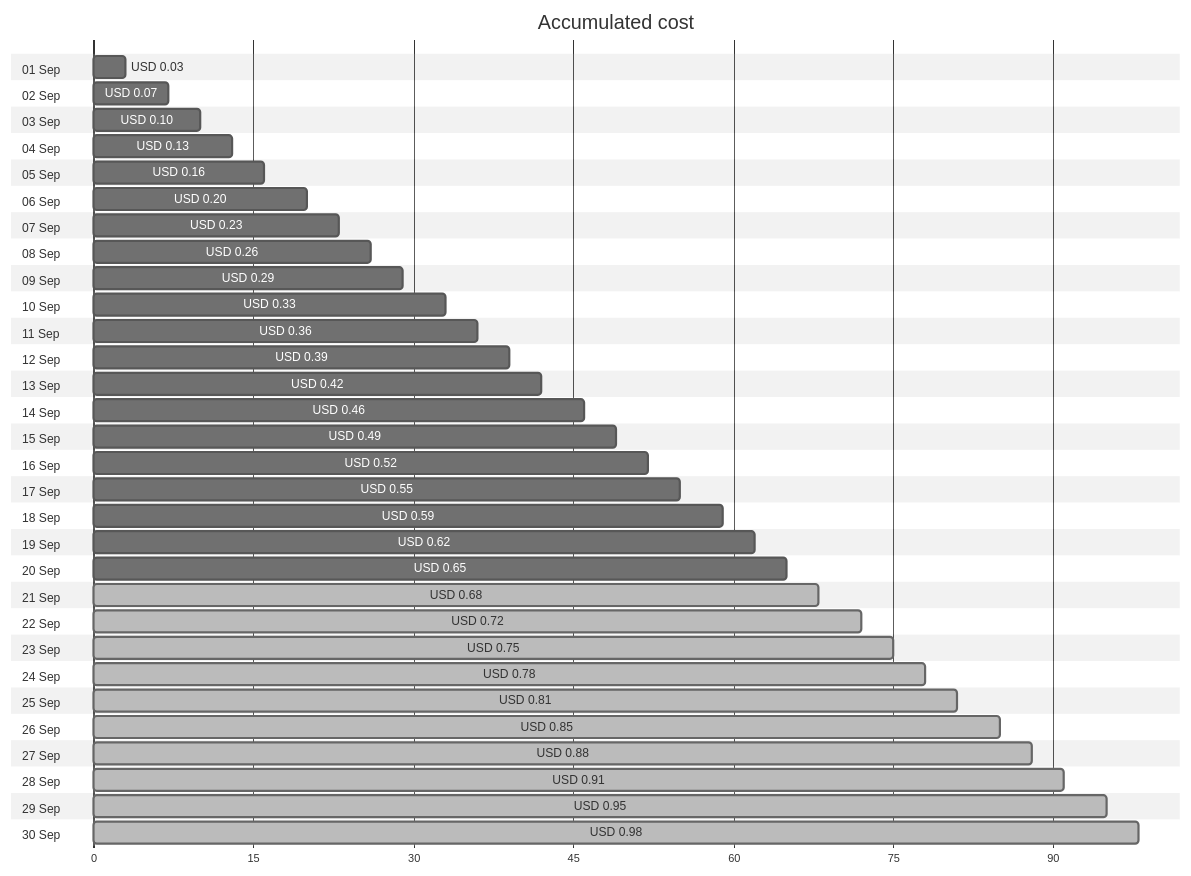
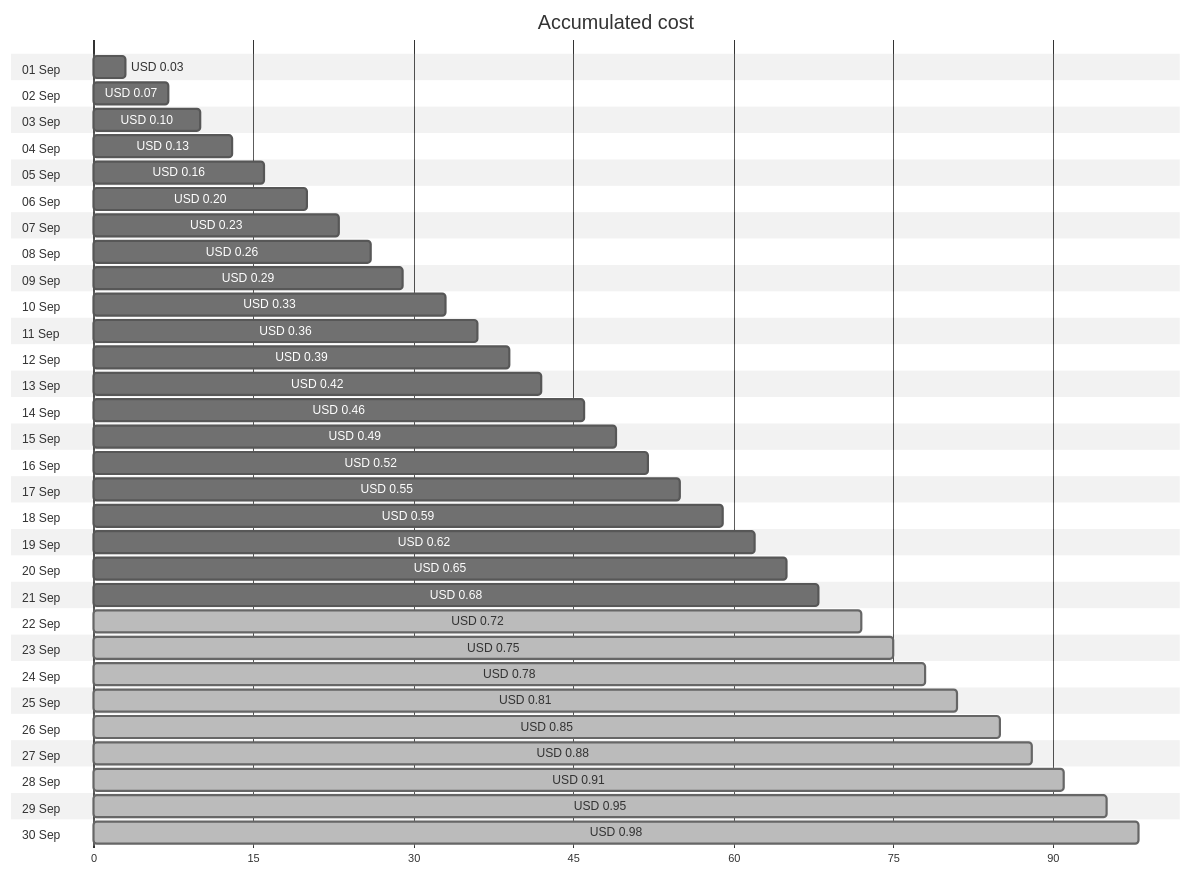
Before and after one commit to jpfulton/azure-personal-reports: the first of 4 diagrams in cost-reports/personal-dns/README.md, drawn with Mermaid (neutral theme). The commit also changed other lines of this file and 2 other files, not shown here.

````diff
--- a/cost-reports/personal-dns/README.md
+++ b/cost-reports/personal-dns/README.md
@@ -20,66 +20,66 @@
 ```mermaid
 gantt
    title Accumulated cost
    dateFormat  X
    axisFormat %s
    section 01 Sep
    USD 0.03 :0, 3
    section 02 Sep
    USD 0.07 :0, 7
    section 03 Sep
    USD 0.10 :0, 10
    section 04 Sep
    USD 0.13 :0, 13
    section 05 Sep
    USD 0.16 :0, 16
    section 06 Sep
    USD 0.20 :0, 20
    section 07 Sep
    USD 0.23 :0, 23
    section 08 Sep
    USD 0.26 :0, 26
    section 09 Sep
    USD 0.29 :0, 29
    section 10 Sep
    USD 0.33 :0, 33
    section 11 Sep
    USD 0.36 :0, 36
    section 12 Sep
    USD 0.39 :0, 39
    section 13 Sep
    USD 0.42 :0, 42
    section 14 Sep
    USD 0.46 :0, 46
    section 15 Sep
    USD 0.49 :0, 49
    section 16 Sep
    USD 0.52 :0, 52
    section 17 Sep
    USD 0.55 :0, 55
    section 18 Sep
    USD 0.59 :0, 59
    section 19 Sep
    USD 0.62 :0, 62
    section 20 Sep
    USD 0.65 :0, 65
    section 21 Sep
-   USD 0.68 : done, 0, 68
+   USD 0.68 :0, 68
    section 22 Sep
    USD 0.72 : done, 0, 72
    section 23 Sep
    USD 0.75 : done, 0, 75
    section 24 Sep
    USD 0.78 : done, 0, 78
    section 25 Sep
    USD 0.81 : done, 0, 81
    section 26 Sep
    USD 0.85 : done, 0, 85
    section 27 Sep
    USD 0.88 : done, 0, 88
    section 28 Sep
    USD 0.91 : done, 0, 91
    section 29 Sep
    USD 0.95 : done, 0, 95
    section 30 Sep
    USD 0.98 : done, 0, 98
 ```
````
